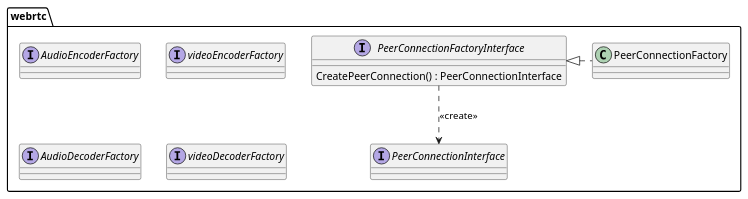
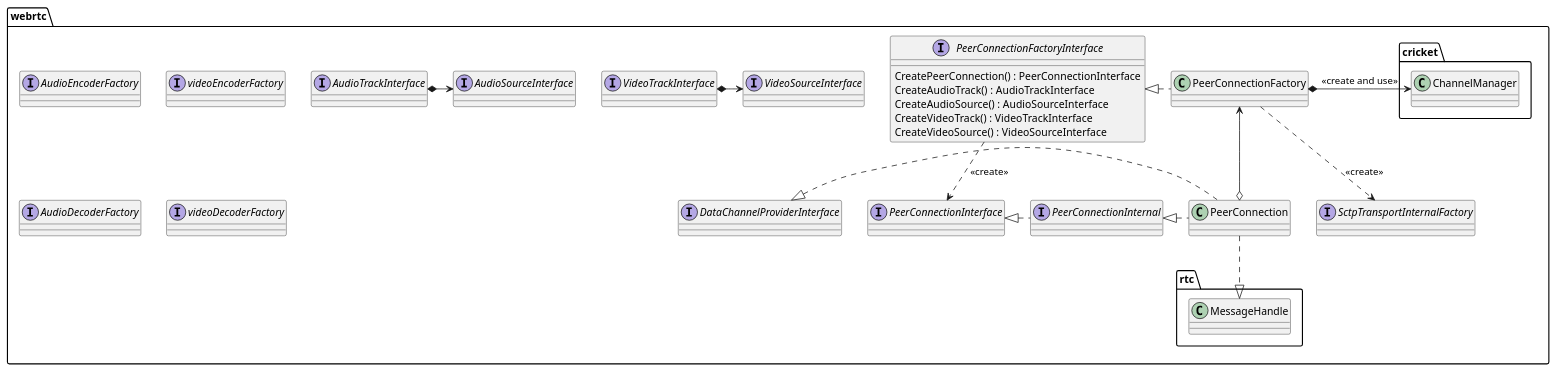
The diagram in webrtc_chrome/peerconnection.md (mingxin505/webrtcNote), drawn with PlantUML before and after one commit. The commit also changed other lines of this file and 4 other files, not shown here.

````diff
--- a/webrtc_chrome/peerconnection.md
+++ b/webrtc_chrome/peerconnection.md
@@ -1,15 +1,38 @@
 ```plantuml
 package webrtc {
+    interface SctpTransportInternalFactory
     interface AudioEncoderFactory
     interface videoEncoderFactory
     interface AudioDecoderFactory
     interface videoDecoderFactory
     interface PeerConnectionInterface
+    interface VideoSourceInterface
+    interface VideoTrackInterface
+    interface AudioSourceInterface
+    interface AudioTrackInterface
+    interface DataChannelProviderInterface
+    interface PeerConnectionInternal
+    interface PeerConnectionInterface
     interface PeerConnectionFactoryInterface {
         CreatePeerConnection() : PeerConnectionInterface
+        CreateAudioTrack() : AudioTrackInterface
+        CreateAudioSource() : AudioSourceInterface
+        CreateVideoTrack() : VideoTrackInterface
+        CreateVideoSource() : VideoSourceInterface
+    }
+    class PeerConnectionFactory {
+
     }
     PeerConnectionFactoryInterface ..> PeerConnectionInterface : <<create>>
+    PeerConnectionFactory *-> cricket.ChannelManager : <<create and use>>
     PeerConnectionFactory ..left.|> PeerConnectionFactoryInterface
-    
+    PeerConnection ..|> rtc.MessageHandle
+    PeerConnection .left.|> DataChannelProviderInterface
+    PeerConnection .left.|> PeerConnectionInternal
+    PeerConnectionInternal .left.|>PeerConnectionInterface
+    PeerConnection o-up-> PeerConnectionFactory
+    PeerConnectionFactory ..> SctpTransportInternalFactory : <<create>>
+    VideoTrackInterface *-> VideoSourceInterface
+    AudioTrackInterface *-> AudioSourceInterface
 }
 ```
````
